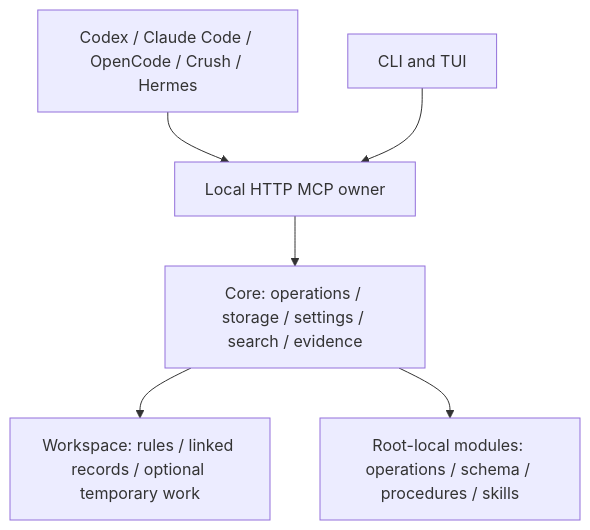
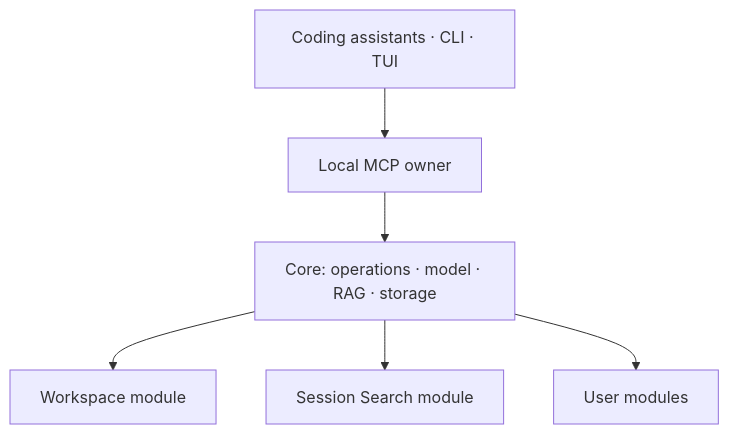
The diagram in README.md (pikiby/contextopus-core), drawn with Mermaid before and after one commit. The commit also changed other lines of this file and 320 other files, not shown here.

Commit message:
Release Core 1.5: independent modules and simple installers

````diff
--- a/README.md
+++ b/README.md
@@ -137,8 +187,8 @@
 ```mermaid
 flowchart TD
-    Clients[Codex / Claude Code / OpenCode / Crush / Hermes] --> MCP[Local HTTP MCP owner]
-    Terminal[CLI and TUI] --> MCP
-    MCP --> Core[Core: operations / storage / settings / search / evidence]
-    Core --> Workspace[Workspace: rules / linked records / optional temporary work]
-    Core --> Modules[Root-local modules: operations / schema / procedures / skills]
+    Clients["Coding assistants · CLI · TUI"] --> MCP[Local MCP owner]
+    MCP --> Core["Core: operations · model · RAG · storage"]
+    Core --> Workspace[Workspace module]
+    Core --> Sessions[Session Search module]
+    Core --> Custom[User modules]
 ```
````
